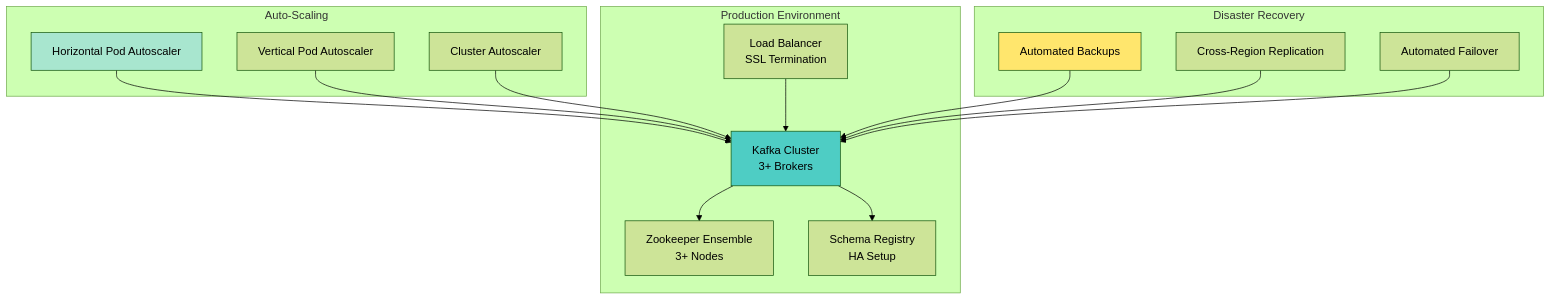
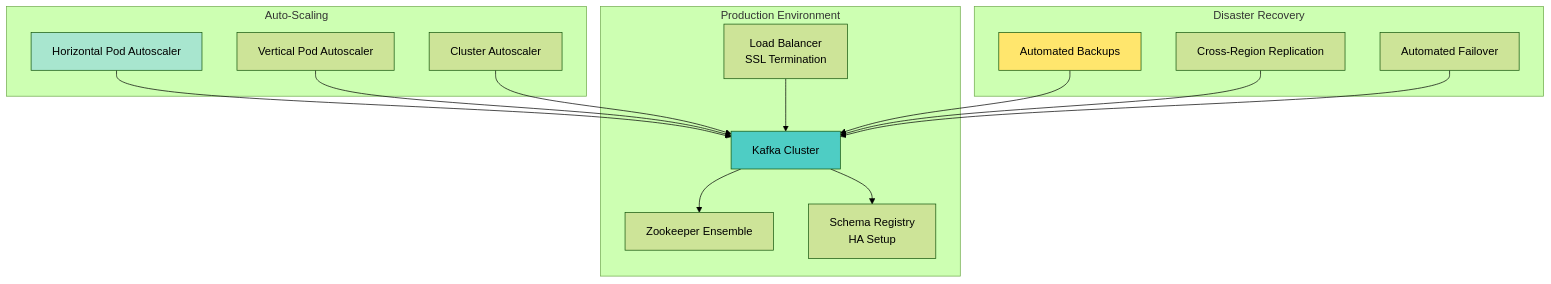
The first of 3 diagrams in class/modules/lesson_20/concept.md (vorrawut/KafkaStarter), drawn with Mermaid (forest theme) before and after one commit. The commit also changed 140 other files, not shown here.

````diff
--- a/class/modules/lesson_20/concept.md
+++ b/class/modules/lesson_20/concept.md
@@ -9,37 +9,37 @@
 ```mermaid
 graph TB
     subgraph "Production Environment"
         LB[Load Balancer<br/>SSL Termination]
-        KAFKA_CLUSTER[Kafka Cluster<br/>3+ Brokers]
-        ZK_CLUSTER[Zookeeper Ensemble<br/>3+ Nodes]
+        KAFKA_CLUSTER[Kafka Cluster<br/&gt;3+ Brokers]
+        ZK_CLUSTER[Zookeeper Ensemble<br/&gt;3+ Nodes]
         SR[Schema Registry<br/>HA Setup]
     end
     
     subgraph "Auto-Scaling"
         HPA[Horizontal Pod Autoscaler]
         VPA[Vertical Pod Autoscaler]
         CLUSTER_AUTO[Cluster Autoscaler]
     end
     
     subgraph "Disaster Recovery"
         BACKUP[Automated Backups]
         REPLICATION[Cross-Region Replication]
         FAILOVER[Automated Failover]
     end
     
     LB --> KAFKA_CLUSTER
     KAFKA_CLUSTER --> ZK_CLUSTER
     KAFKA_CLUSTER --> SR
     
     HPA --> KAFKA_CLUSTER
     VPA --> KAFKA_CLUSTER
     CLUSTER_AUTO --> KAFKA_CLUSTER
     
     BACKUP --> KAFKA_CLUSTER
     REPLICATION --> KAFKA_CLUSTER
     FAILOVER --> KAFKA_CLUSTER
     
     style KAFKA_CLUSTER fill:#4ecdc4
     style HPA fill:#a8e6cf
     style BACKUP fill:#ffe66d
 ```
````
